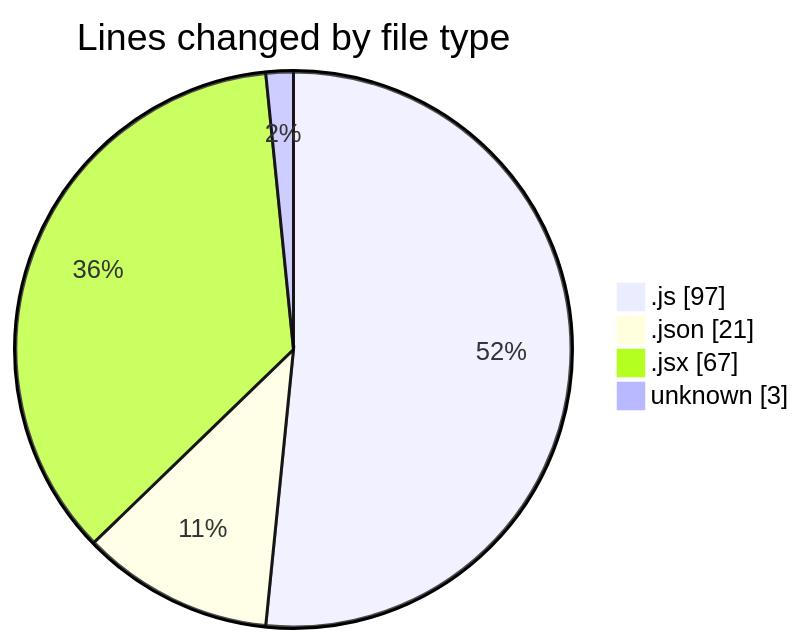
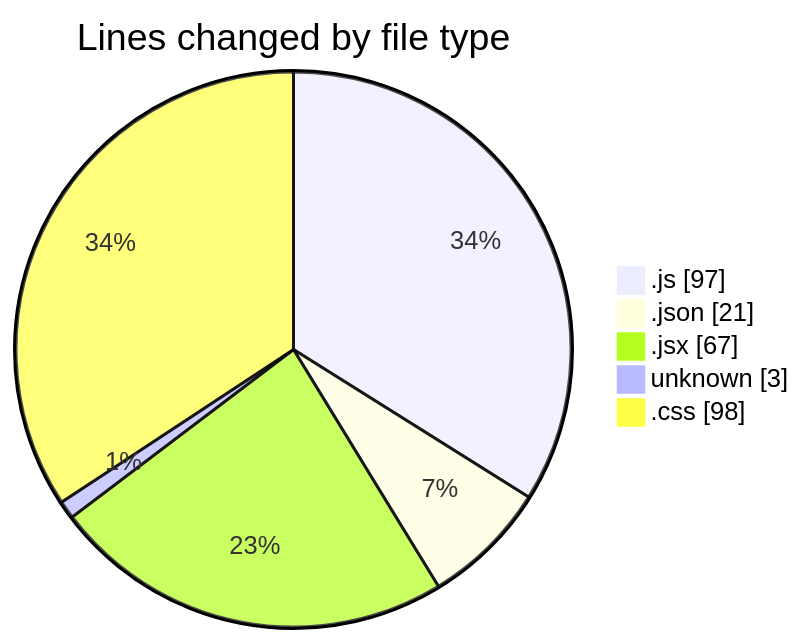
One commit to Ritupan-Deka/code-tracking changed the first of 2 diagrams in 2025-06-03/realtimechat/README.md. Above: the diagram before and after it, drawn with Mermaid. The commit also changed other lines of this file and 1 other file, not shown here.

````diff
--- a/2025-06-03/realtimechat/README.md
+++ b/2025-06-03/realtimechat/README.md
@@ -24,8 +25,9 @@
 ```mermaid
 pie showData
 title Lines changed by file type
 ".js" : 97
 ".json" : 21
 ".jsx" : 67
 "unknown" : 3
+".css" : 98
 ```
````
